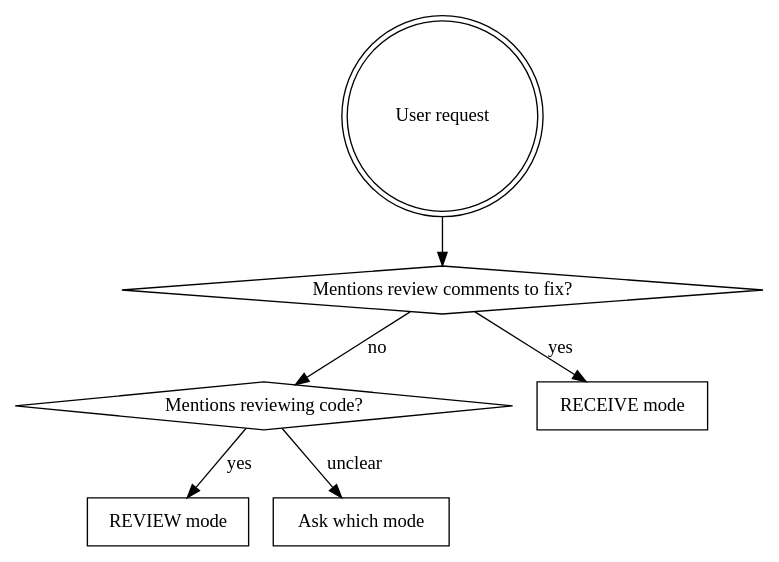
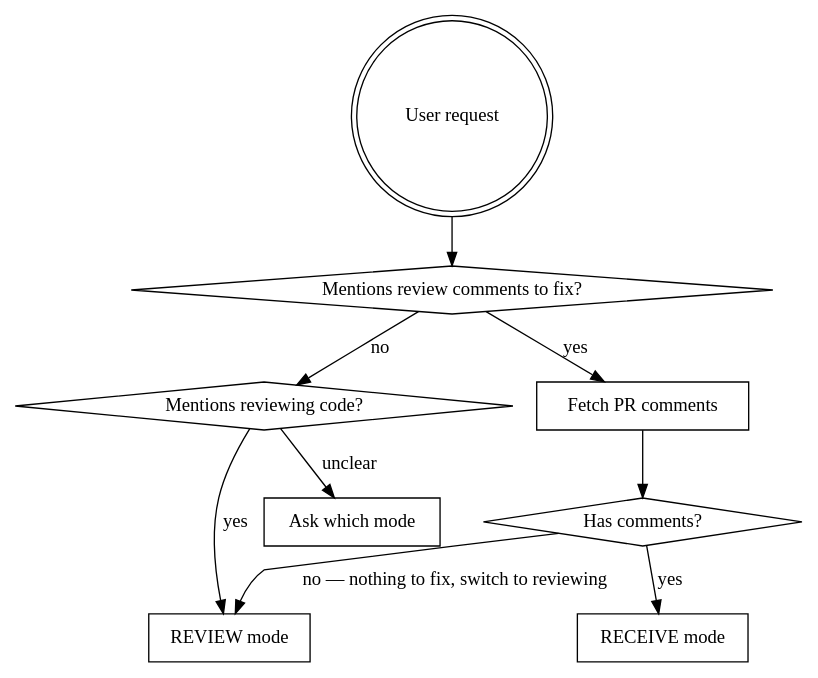
Before and after one commit to PFigs/parley: the diagram in SKILL.md, drawn with Graphviz. The commit also changed other lines of this file, not shown here.

Commit message:
feat: add review mode fallback when no PR comments exist
- Mode detection now fetches comments first and switches to review mode
  when there's nothing to receive
- Review mode checks PR body for an attached plan and uses it as the
  review baseline

````diff
--- a/SKILL.md
+++ b/SKILL.md
@@ -14,16 +14,21 @@
 ```dot
 digraph mode {
   "User request" [shape=doublecircle];
   "Mentions review comments to fix?" [shape=diamond];
   "Mentions reviewing code?" [shape=diamond];
+  "Fetch PR comments" [shape=box];
+  "Has comments?" [shape=diamond];
   "RECEIVE mode" [shape=box];
   "REVIEW mode" [shape=box];
   "Ask which mode" [shape=box];
 
   "User request" -> "Mentions review comments to fix?";
-  "Mentions review comments to fix?" -> "RECEIVE mode" [label="yes"];
+  "Mentions review comments to fix?" -> "Fetch PR comments" [label="yes"];
+  "Fetch PR comments" -> "Has comments?";
+  "Has comments?" -> "RECEIVE mode" [label="yes"];
+  "Has comments?" -> "REVIEW mode" [label="no — nothing to fix, switch to reviewing"];
   "Mentions review comments to fix?" -> "Mentions reviewing code?" [label="no"];
   "Mentions reviewing code?" -> "REVIEW mode" [label="yes"];
   "Mentions reviewing code?" -> "Ask which mode" [label="unclear"];
 }
 ```
````
